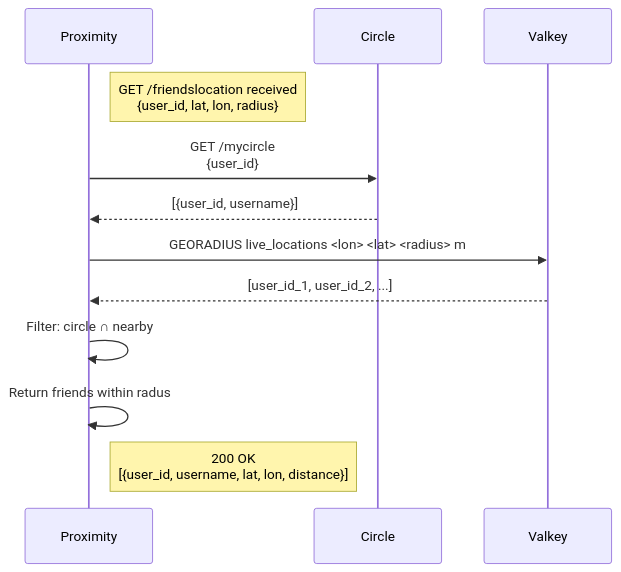
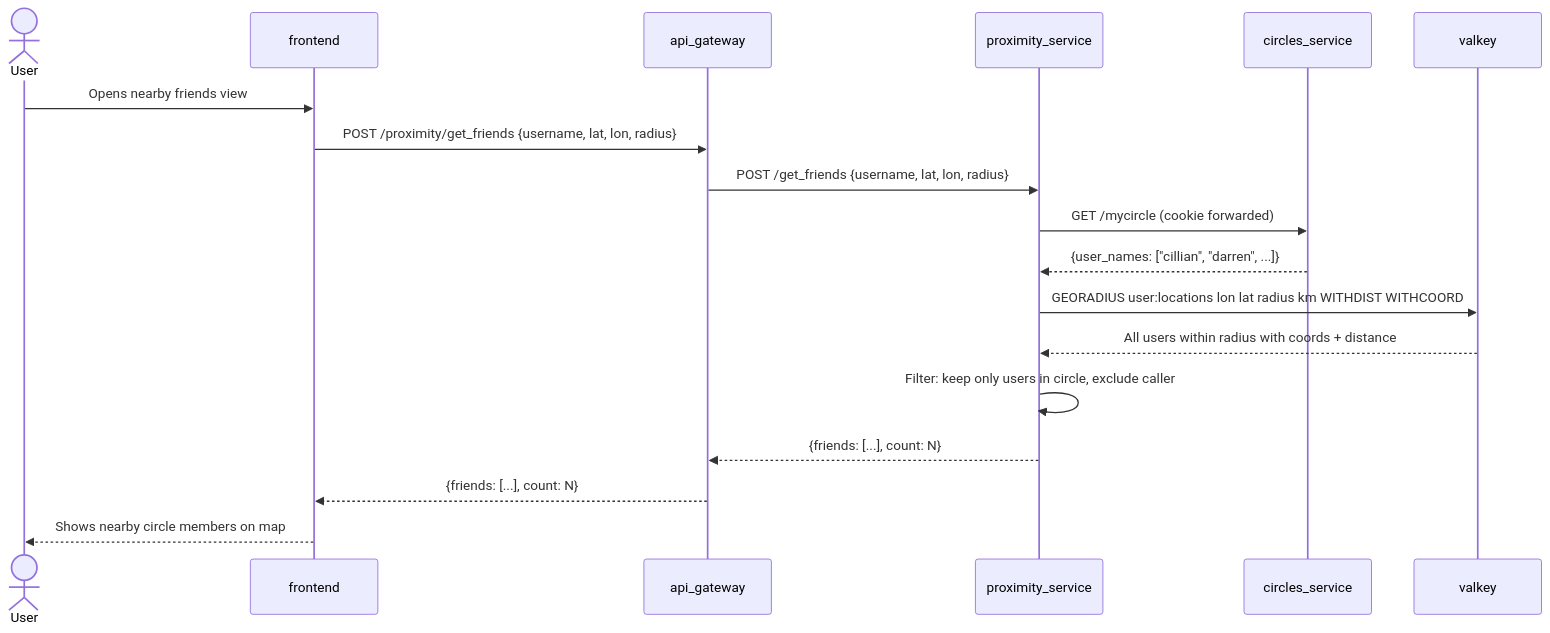
One commit to The-Parliment/cs3305_2026_team_8 changed the diagram in docs/proximity/proximity_design.md. Above: the diagram before and after it, drawn with Mermaid. The commit also changed other lines of this file and 17 other files, not shown here.

````diff
--- a/docs/proximity/proximity_design.md
+++ b/docs/proximity/proximity_design.md
@@ -51,20 +30,24 @@
 ```mermaid
 sequenceDiagram
-    participant Proximity
-    participant Circle
-    participant Valkey
-    
-    Note right of Proximity: GET /friendslocation received<br/>{user_id, lat, lon, radius}
-    
-    Proximity->>Circle: GET /mycircle<br/>{user_id}
-    Circle-->>Proximity: [{user_id, username}]
-    
-    Proximity->>Valkey: GEORADIUS live_locations <lon> <lat> <radius> m
-    Valkey-->>Proximity: [user_id_1, user_id_2, ...]
-    
-    Proximity->>Proximity: Filter: circle ∩ nearby
-    
-    Proximity->>Proximity: Return friends within radus
-    
-    Note right of Proximity: 200 OK<br/>[{user_id, username, lat, lon, distance}]
+    actor User
+    participant FE as frontend
+    participant API as api_gateway
+    participant Prox as proximity_service
+    participant Circles as circles_service
+    participant Valkey as valkey
+
+    User->>FE: Opens nearby friends view
+    FE->>API: POST /proximity/get_friends {username, lat, lon, radius}
+    API->>Prox: POST /get_friends {username, lat, lon, radius}
+
+    Prox->>Circles: GET /mycircle (cookie forwarded)
+    Circles-->>Prox: {user_names: ["cillian", "darren", ...]}
+
+    Prox->>Valkey: GEORADIUS user:locations lon lat radius km WITHDIST WITHCOORD
+    Valkey-->>Prox: All users within radius with coords + distance
+
+    Prox->>Prox: Filter: keep only users in circle, exclude caller
+    Prox-->>API: {friends: [...], count: N}
+    API-->>FE: {friends: [...], count: N}
+    FE-->>User: Shows nearby circle members on map
 ```
````
